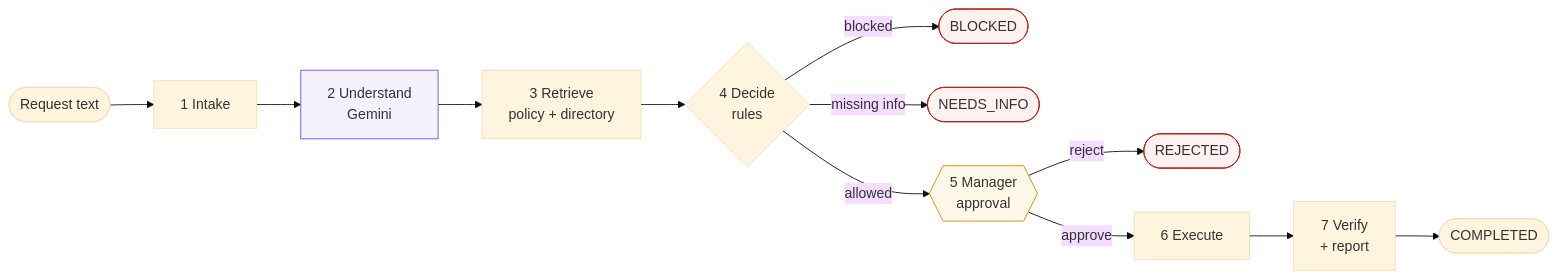
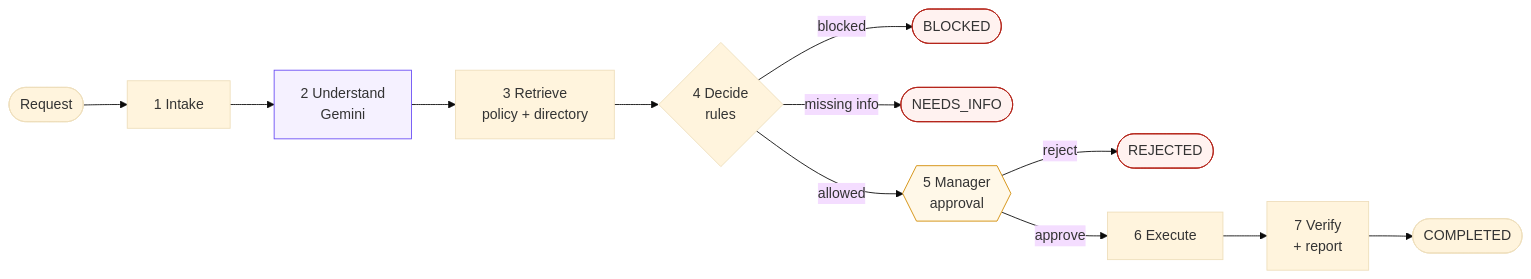
The first of 2 diagrams in README.md (ofriimor/access-request-assistant), drawn with Mermaid (base theme) before and after one commit. The commit also changed other lines of this file, not shown here.

````diff
--- a/README.md
+++ b/README.md
@@ -54,21 +117,21 @@
 ```mermaid
 flowchart LR
-    A([Request text]) --> B[1 Intake]
+    A([Request]) --> B[1 Intake]
     B --> C[2 Understand<br/>Gemini]
     C --> D[3 Retrieve<br/>policy + directory]
     D --> E{4 Decide<br/>rules}
     E -- blocked --> X([BLOCKED])
     E -- missing info --> Y([NEEDS_INFO])
     E -- allowed --> F{{5 Manager<br/>approval}}
     F -- reject --> Z([REJECTED])
     F -- approve --> G[6 Execute]
     G --> H[7 Verify<br/>+ report]
     H --> I([COMPLETED])
 
     classDef llm fill:#f5f1ff,stroke:#6a4df5
     classDef human fill:#fff8e8,stroke:#d28a00
     classDef stop fill:#fff2f0,stroke:#b42318
     class C llm
     class F human
     class X,Y,Z stop
 ```
````
